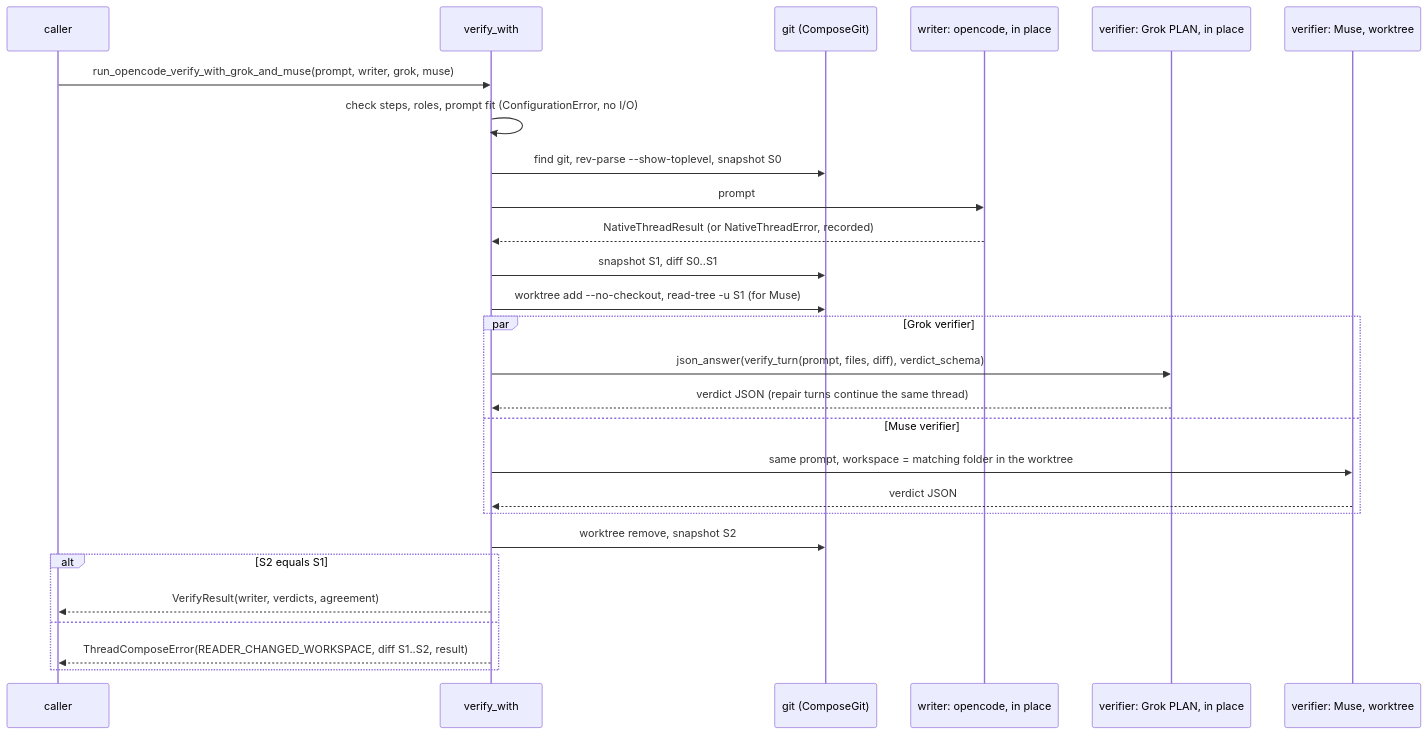
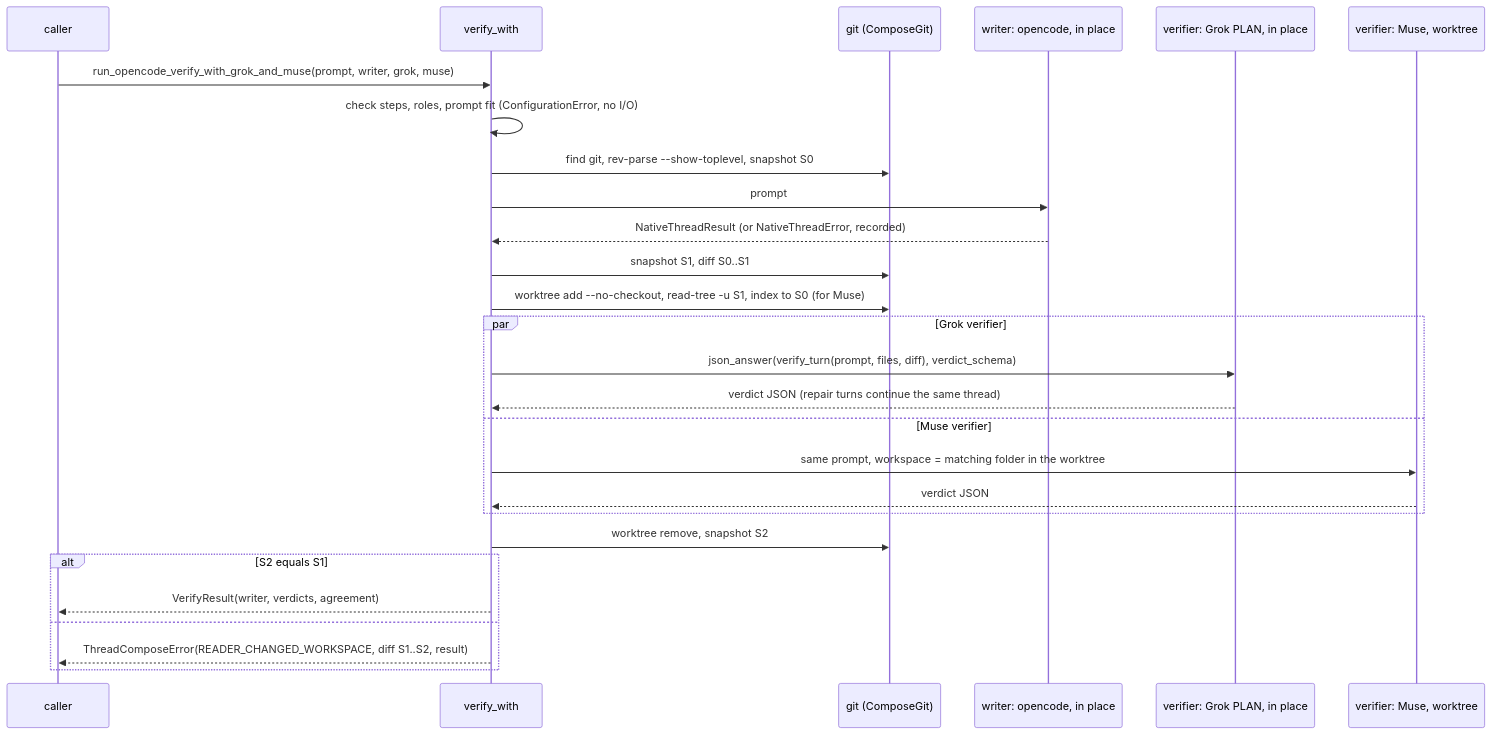
Before and after one commit to cerredz/Vidbyte-SDK: the second of 2 diagrams in docs/spec/native-thread-compose/spec.md, drawn with Mermaid. The commit also changed other lines of this file, not shown here.

````diff
--- a/docs/spec/native-thread-compose/spec.md
+++ b/docs/spec/native-thread-compose/spec.md
@@ -165,29 +165,29 @@
 ```mermaid
 sequenceDiagram
   participant C as caller
   participant V as verify_with
   participant G as git (ComposeGit)
   participant O as writer: opencode, in place
   participant K as verifier: Grok PLAN, in place
   participant M as verifier: Muse, worktree
   C->>V: run_opencode_verify_with_grok_and_muse(prompt, writer, grok, muse)
   V->>V: check steps, roles, prompt fit (ConfigurationError, no I/O)
   V->>G: find git, rev-parse --show-toplevel, snapshot S0
   V->>O: prompt
   O-->>V: NativeThreadResult (or NativeThreadError, recorded)
   V->>G: snapshot S1, diff S0..S1
-  V->>G: worktree add --no-checkout, read-tree -u S1 (for Muse)
+  V->>G: worktree add --no-checkout, read-tree -u S1, index to S0 (for Muse)
   par Grok verifier
     V->>K: json_answer(verify_turn(prompt, files, diff), verdict_schema)
     K-->>V: verdict JSON (repair turns continue the same thread)
   and Muse verifier
     V->>M: same prompt, workspace = matching folder in the worktree
     M-->>V: verdict JSON
   end
   V->>G: worktree remove, snapshot S2
   alt S2 equals S1
     V-->>C: VerifyResult(writer, verdicts, agreement)
   else
     V-->>C: ThreadComposeError(READER_CHANGED_WORKSPACE, diff S1..S2, result)
   end
 ```
````
